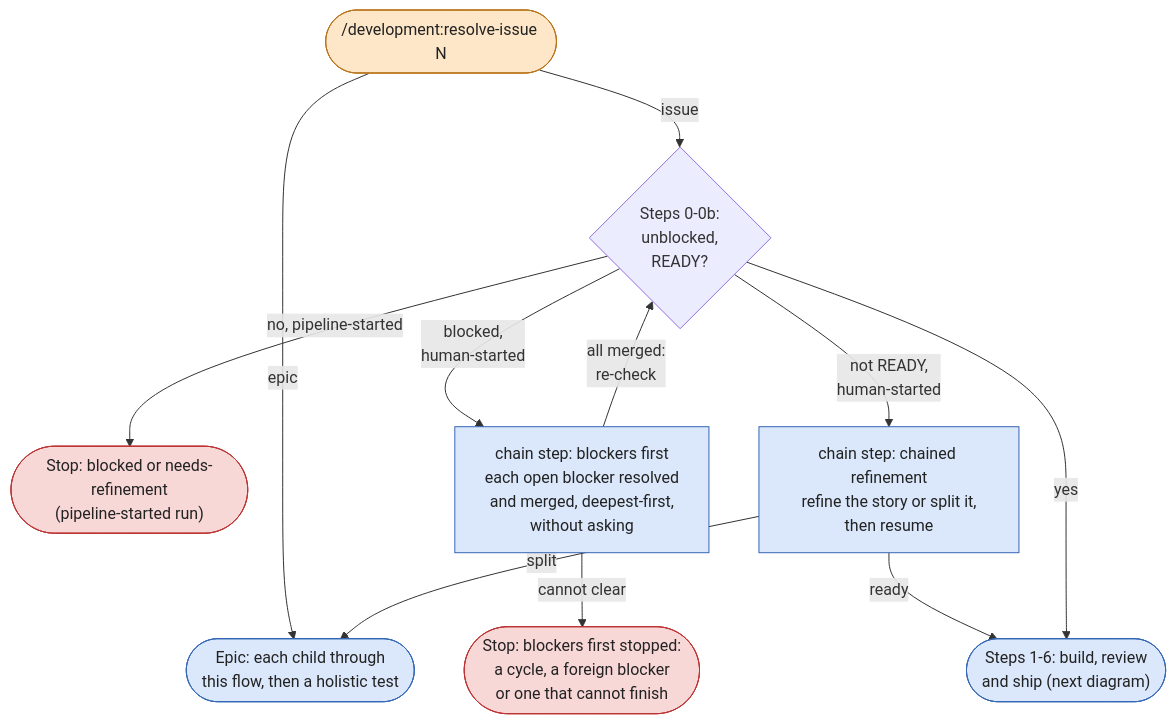
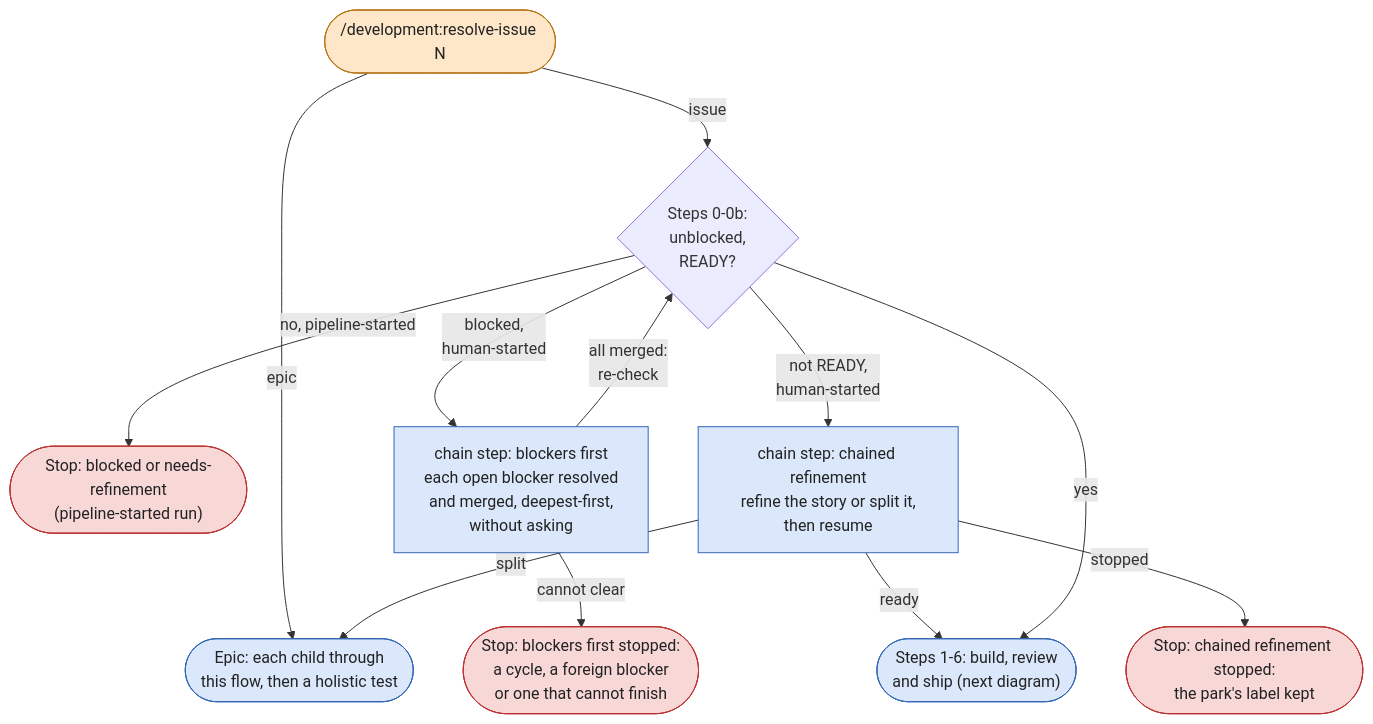
Before and after one commit to timo-jakob/timos-claude-code-plugins: the diagram in docs/explanation/diagrams/resolve-issue.mmd, drawn with Mermaid. The commit also changed 5 other files, not shown here.

```diff
--- a/docs/explanation/diagrams/resolve-issue.mmd
+++ b/docs/explanation/diagrams/resolve-issue.mmd
@@ -1,27 +1,29 @@
 flowchart TD
     classDef human fill:#fde7c8,stroke:#b8741a,color:#222
     classDef conductor fill:#dbe8fb,stroke:#3567b5,color:#222
     classDef agent fill:#e9ddf7,stroke:#7a4cb5,color:#222
     classDef bot fill:#d9f2df,stroke:#2e8b4e,color:#222
     classDef artifact fill:#eeeeee,stroke:#777,color:#222
     classDef stop fill:#f8d7d7,stroke:#b33,color:#222
 
     START(["/development:resolve-issue N"]):::human
     EPIC(["Epic: each child through<br/>this flow, then a holistic test"]):::conductor
     GATES{"Steps 0-0b:<br/>unblocked,<br/>READY?"}
     STOP(["Stop: blocked or needs-refinement<br/>(pipeline-started run)"]):::stop
     BFIRST["chain step: blockers first<br/>each open blocker resolved<br/>and merged, deepest-first,<br/>without asking"]:::conductor
     BSTOP(["Stop: blockers first stopped:<br/>a cycle, a foreign blocker<br/>or one that cannot finish"]):::stop
     REFINE["chain step: chained refinement<br/>refine the story or split it,<br/>then resume"]:::conductor
+    RSTOP(["Stop: chained refinement stopped:<br/>the park's label kept"]):::stop
     BUILD(["Steps 1-6: build, review<br/>and ship (next diagram)"]):::conductor
 
     START -- epic --> EPIC
     START -- issue --> GATES
     GATES -- "no, pipeline-started" --> STOP
     GATES -- "blocked,<br/>human-started" --> BFIRST
     BFIRST -- "all merged:<br/>re-check" --> GATES
     BFIRST -- "cannot clear" --> BSTOP
     GATES -- "not READY,<br/>human-started" --> REFINE
     REFINE -- split --> EPIC
     REFINE -- ready --> BUILD
+    REFINE -- stopped --> RSTOP
     GATES -- yes --> BUILD
```
